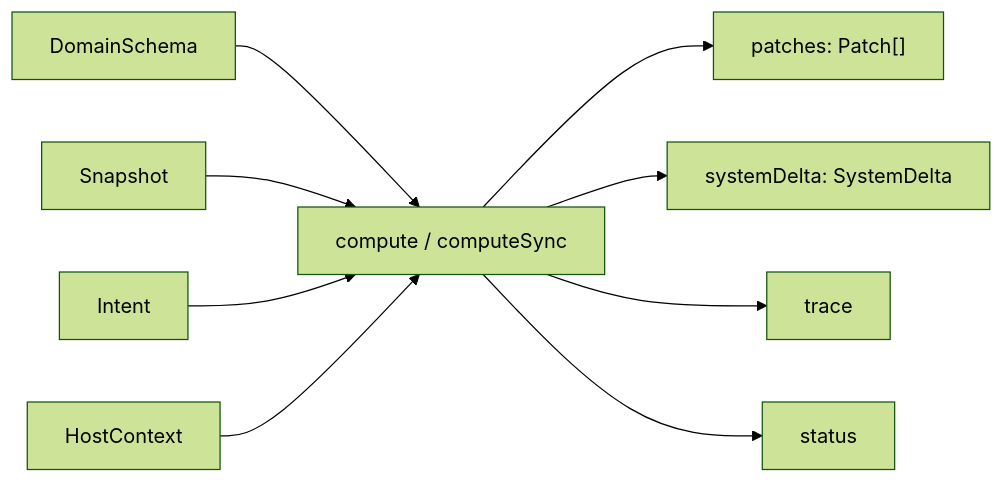
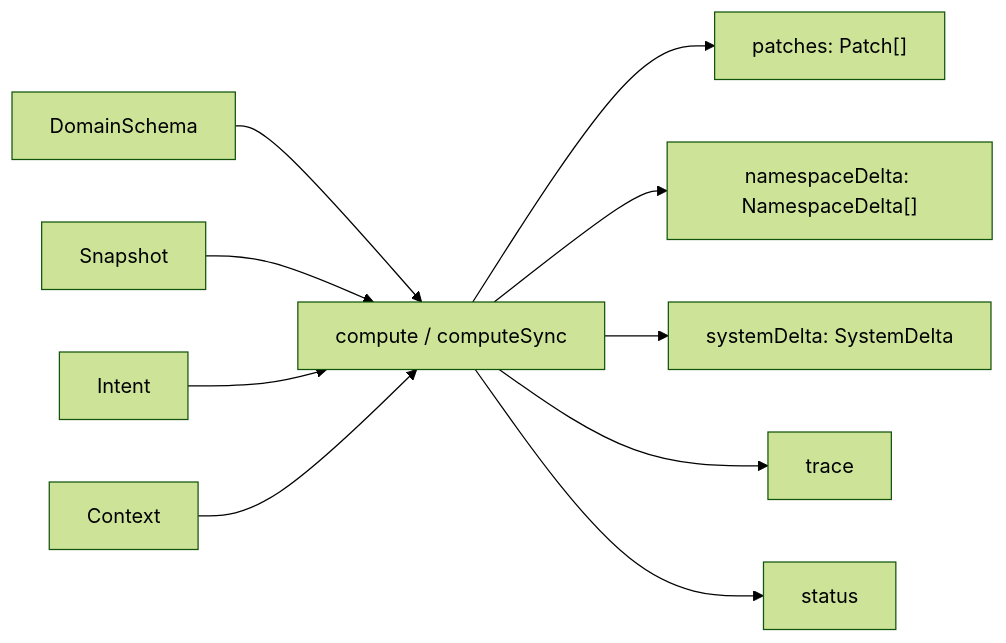
The diagram in docs/api/core.md (manifesto-ai/core), drawn with Mermaid (forest theme) before and after one commit. The commit also changed other lines of this file and 435 other files, not shown here.

````diff
--- a/docs/api/core.md
+++ b/docs/api/core.md
@@ -28,12 +28,13 @@
 ```mermaid
 flowchart LR
   S["DomainSchema"] --> C["compute / computeSync"]
   SN["Snapshot"] --> C
   I["Intent"] --> C
-  HC["HostContext"] --> C
+  CTX["Context"] --> C
 
   C --> P["patches: Patch[]"]
+  C --> NS["namespaceDelta: NamespaceDelta[]"]
   C --> SD["systemDelta: SystemDelta"]
   C --> T["trace"]
   C --> ST["status"]
 ```
````
